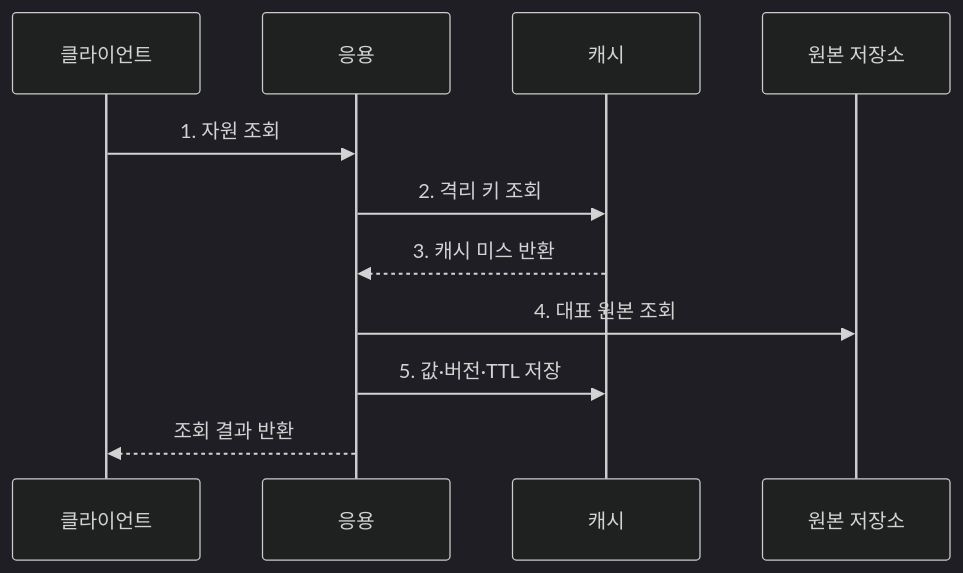
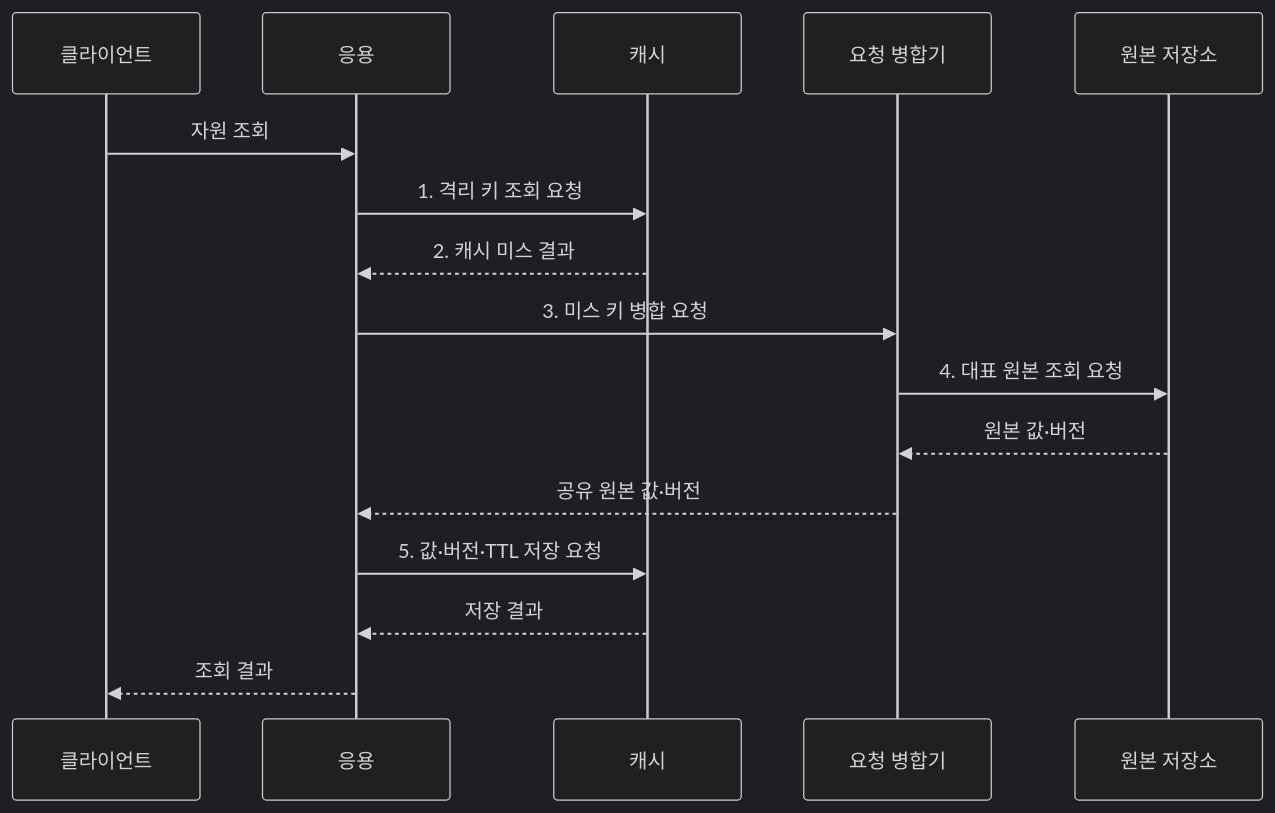
The second of 2 diagrams in src/content/docs/notes/03-software/180_caching_strategy.md (agnusdei1207/knowledge-base), drawn with Mermaid (dark theme) before and after one commit. The commit also changed other lines of this file and 20 other files, not shown here.

````diff
--- a/src/content/docs/notes/03-software/180_caching_strategy.md
+++ b/src/content/docs/notes/03-software/180_caching_strategy.md
@@ -85,13 +88,18 @@
 ```mermaid
 sequenceDiagram
     participant U as 클라이언트
     participant A as 응용
     participant C as 캐시
+    participant R as 요청 병합기
     participant D as 원본 저장소
-    U->>A: 1. 자원 조회
-    A->>C: 2. 격리 키 조회
-    C-->>A: 3. 캐시 미스 반환
-    A->>D: 4. 대표 원본 조회
-    A->>C: 5. 값·버전·TTL 저장
-    A-->>U: 조회 결과 반환
+    U->>A: 자원 조회
+    A->>C: 1. 격리 키 조회 요청
+    C-->>A: 2. 캐시 미스 결과
+    A->>R: 3. 미스 키 병합 요청
+    R->>D: 4. 대표 원본 조회 요청
+    D-->>R: 원본 값·버전
+    R-->>A: 공유 원본 값·버전
+    A->>C: 5. 값·버전·TTL 저장 요청
+    C-->>A: 저장 결과
+    A-->>U: 조회 결과
 ```
````
